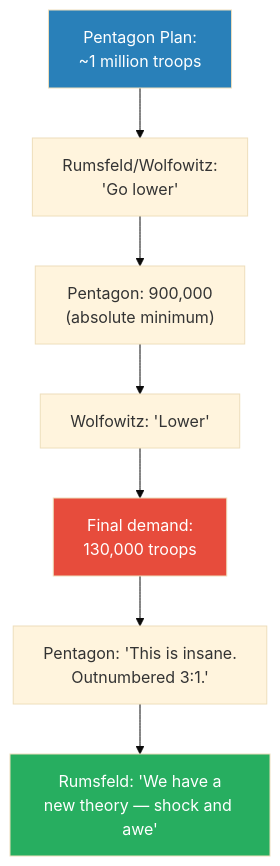
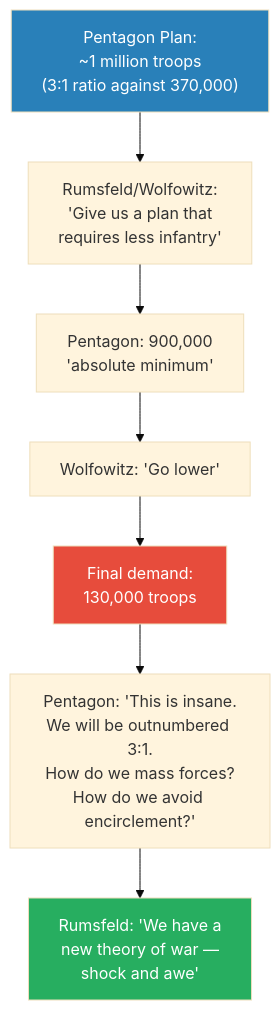
Before and after one commit to alius33/reader: the second of 7 diagrams in summaries/Lectures/Geo-Strategy/06 - America's Imperial Hubris.md, drawn with Mermaid (base theme). The commit also changed other lines of this file and 26 other files, not shown here.

````diff
--- a/summaries/Lectures/Geo-Strategy/06 - America's Imperial Hubris.md
+++ b/summaries/Lectures/Geo-Strategy/06 - America's Imperial Hubris.md
@@ -107,19 +87,14 @@
 ```mermaid
 flowchart TB
-    P["Pentagon Plan:<br/>~1 million troops"]
-    R["Rumsfeld/Wolfowitz:<br/>'Go lower'"]
-    N1["Pentagon: 900,000<br/>(absolute minimum)"]
-    N2["Wolfowitz: 'Lower'"]
+    P["Pentagon Plan:<br/>~1 million troops<br/>(3:1 ratio against 370,000)"]
+    R["Rumsfeld/Wolfowitz:<br/>'Give us a plan that<br/>requires less infantry'"]
+    N1["Pentagon: 900,000<br/>'absolute minimum'"]
+    N2["Wolfowitz: 'Go lower'"]
     N3["Final demand:<br/>130,000 troops"]
-    REACT["Pentagon: 'This is insane.<br/>Outnumbered 3:1.'"]
-    SA["Rumsfeld: 'We have a<br/>new theory — shock and awe'"]
-    P --> R
-    R --> N1
-    N1 --> N2
-    N2 --> N3
-    N3 --> REACT
-    REACT --> SA
+    REACT["Pentagon: 'This is insane.<br/>We will be outnumbered 3:1.<br/>How do we mass forces?<br/>How do we avoid encirclement?'"]
+    SA["Rumsfeld: 'We have a<br/>new theory of war —<br/>shock and awe'"]
+    P --> R --> N1 --> N2 --> N3 --> REACT --> SA
     style P fill:#2980b9,color:#fff
     style N3 fill:#e74c3c,color:#fff
     style SA fill:#27ae60,color:#fff
 ```
````
